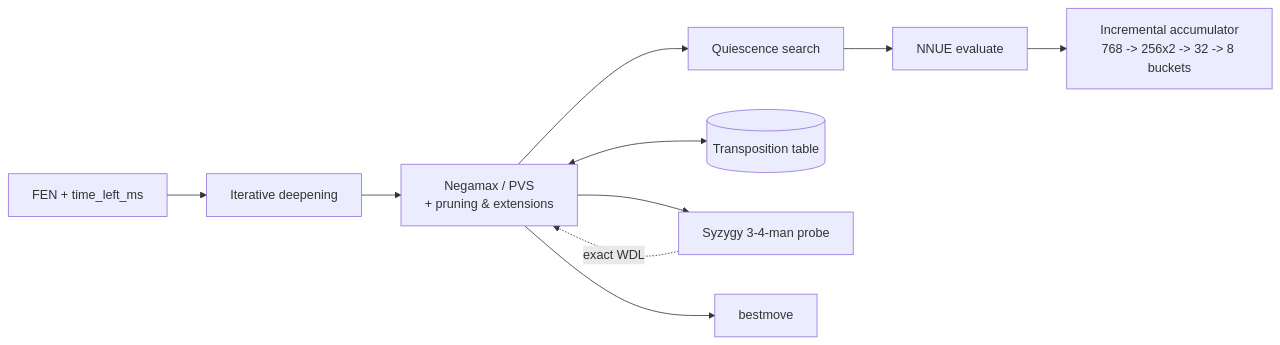
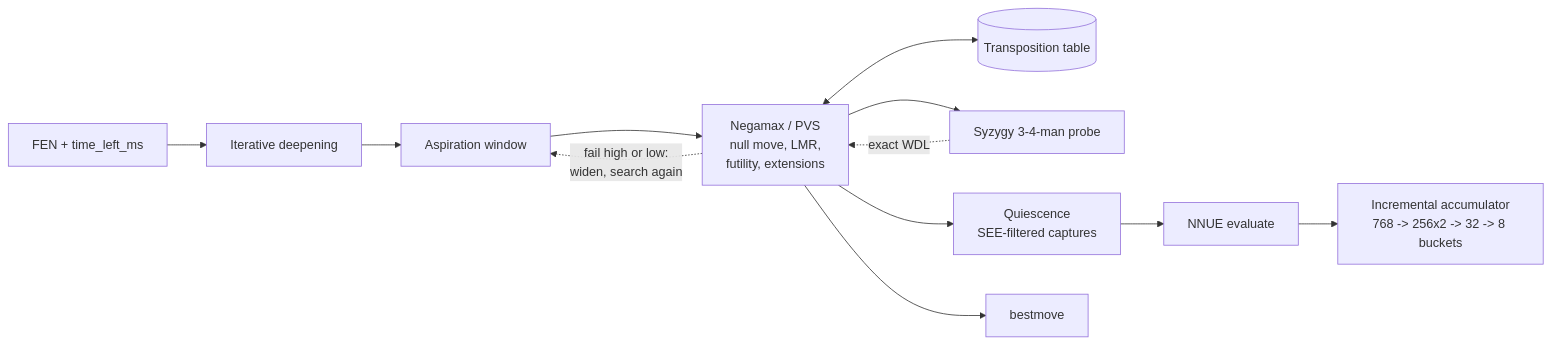
One commit to georgeputney/nnue-chess-engine changed the diagram in README.md. Above: the diagram before and after it, drawn with Mermaid. The commit also changed other lines of this file and 7 other files, not shown here.

````diff
--- a/README.md
+++ b/README.md
@@ -17,12 +10,14 @@
 ```mermaid
 flowchart LR
-    FEN[FEN + time_left_ms] --> ID[Iterative deepening]
-    ID --> PVS["Negamax / PVS<br/>+ pruning &amp; extensions"]
-    PVS --> QS[Quiescence search]
-    QS --> EVAL[NNUE evaluate]
-    PVS <--> TT[(Transposition table)]
+    FEN["FEN + time_left_ms"] --> ID["Iterative deepening"]
+    ID --> ASP["Aspiration window"]
+    ASP --> PVS["Negamax / PVS<br/>null move, LMR,<br/>futility, extensions"]
+    PVS -. "fail high or low:<br/>widen, search again" .-> ASP
+    PVS <--> TT[("Transposition table")]
+    PVS --> TB["Syzygy 3-4-man probe"]
+    TB -. "exact WDL" .-> PVS
+    PVS --> QS["Quiescence<br/>SEE-filtered captures"]
+    QS --> EVAL["NNUE evaluate"]
     EVAL --> ACC["Incremental accumulator<br/>768 -> 256x2 -> 32 -> 8 buckets"]
-    PVS --> TB[Syzygy 3-4-man probe]
-    TB -.exact WDL.-> PVS
-    PVS --> MOVE[bestmove]
+    PVS --> BEST["bestmove"]
 ```
````
